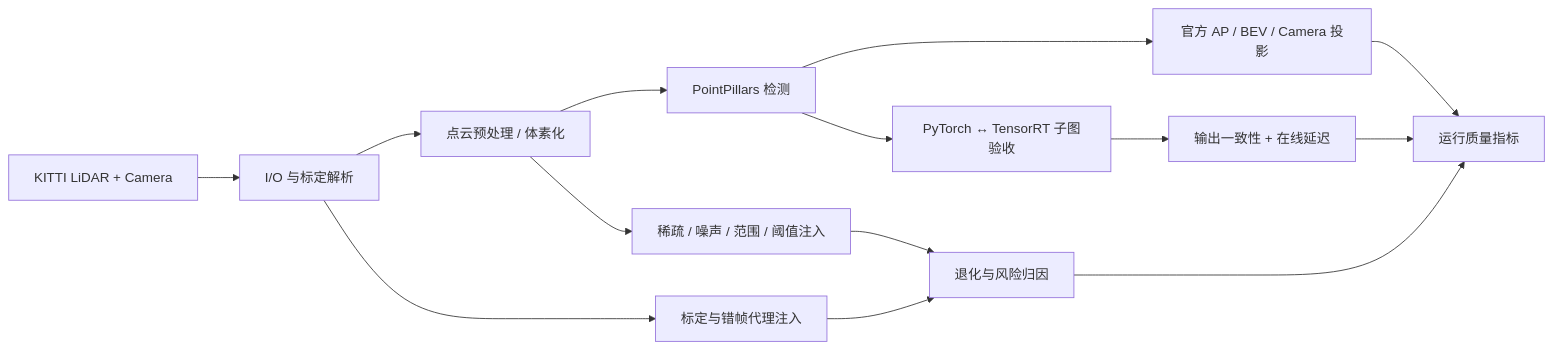
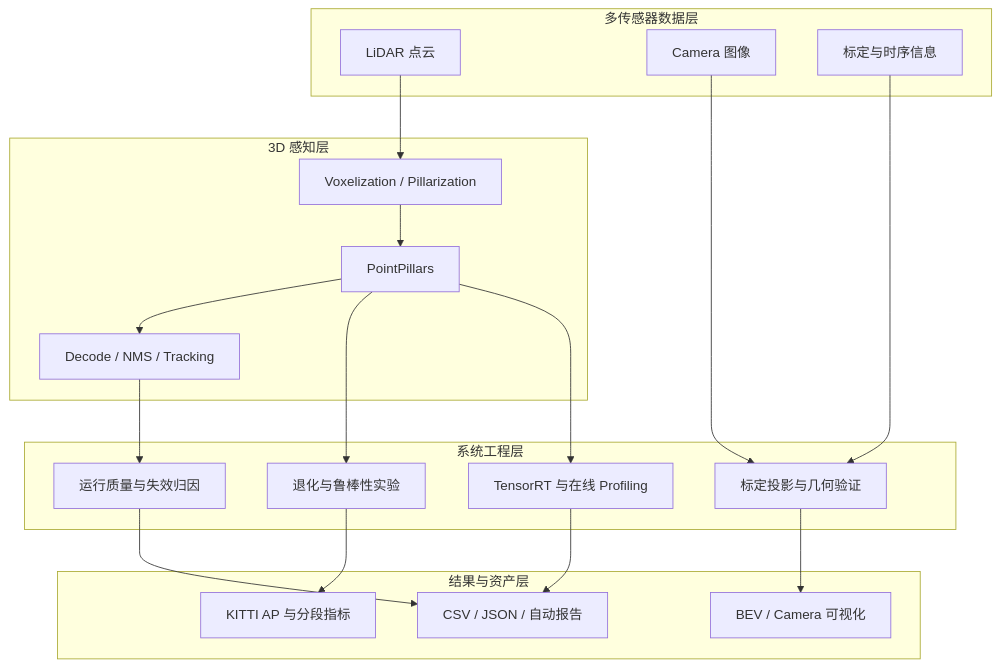
One commit to Rexlion777/LiDAR-Camera-PerceptionBench changed the diagram in README.md. Above: the diagram before and after it, drawn with Mermaid. The commit also changed other lines of this file and 43 other files, not shown here.

````diff
--- a/README.md
+++ b/README.md
@@ -36,16 +63,38 @@
 ```mermaid
-flowchart LR
-    A["KITTI LiDAR + Camera"] --> B["I/O 与标定解析"]
-    B --> C["点云预处理 / 体素化"]
-    C --> D["PointPillars 检测"]
-    D --> E["官方 AP / BEV / Camera 投影"]
-    B --> F["标定与错帧代理注入"]
-    C --> G["稀疏 / 噪声 / 范围 / 阈值注入"]
-    F --> H["退化与风险归因"]
-    G --> H
-    D --> I["PyTorch ↔ TensorRT 子图验收"]
-    I --> J["输出一致性 + 在线延迟"]
-    E --> K["运行质量指标"]
-    H --> K
-    J --> K
+flowchart TB
+    subgraph INPUT["多传感器数据层"]
+        L["LiDAR 点云"]
+        C["Camera 图像"]
+        K["标定与时序信息"]
+    end
+
+    subgraph PERCEPTION["3D 感知层"]
+        V["Voxelization / Pillarization"]
+        P["PointPillars"]
+        D["Decode / NMS / Tracking"]
+    end
+
+    subgraph ENGINEERING["系统工程层"]
+        G["标定投影与几何验证"]
+        R["退化与鲁棒性实验"]
+        T["TensorRT 与在线 Profiling"]
+        Q["运行质量与失效归因"]
+    end
+
+    subgraph OUTPUT["结果与资产层"]
+        A["KITTI AP 与分段指标"]
+        B["BEV / Camera 可视化"]
+        E["CSV / JSON / 自动报告"]
+    end
+
+    L --> V --> P --> D
+    C --> G
+    K --> G
+    P --> R
+    P --> T
+    D --> Q
+    G --> B
+    R --> A
+    T --> E
+    Q --> E
 ```
````
